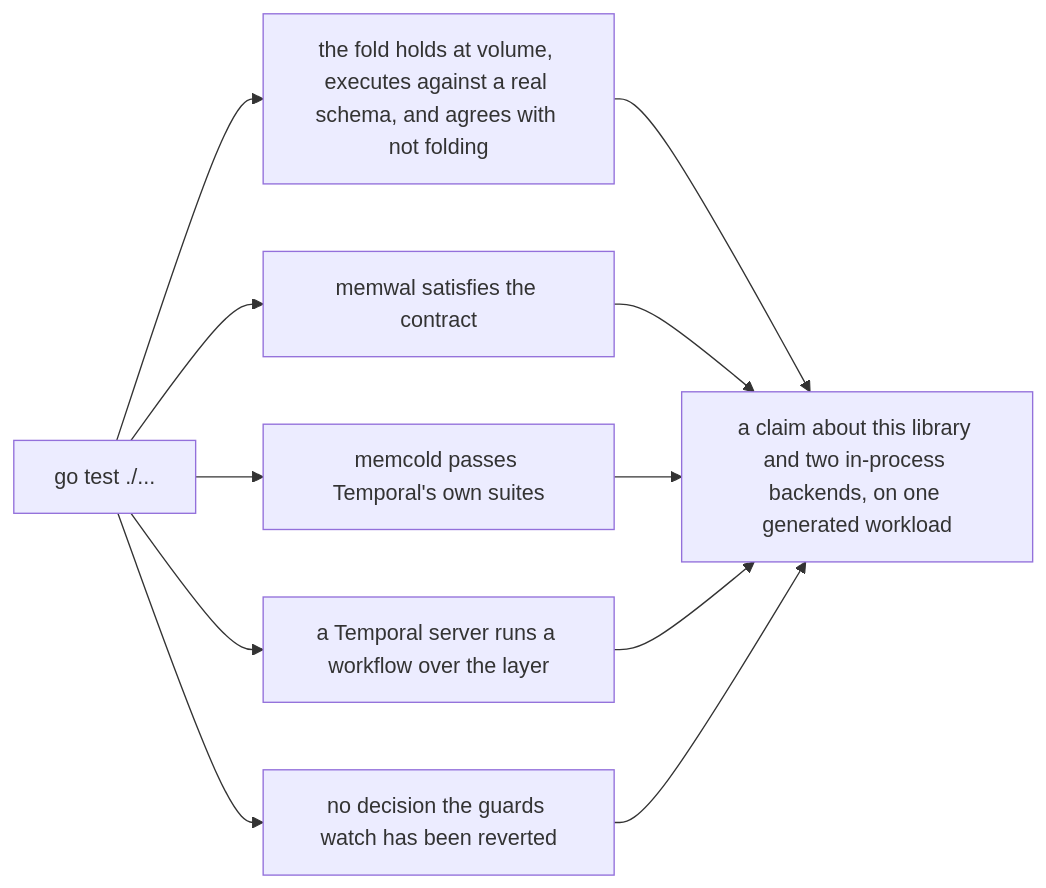
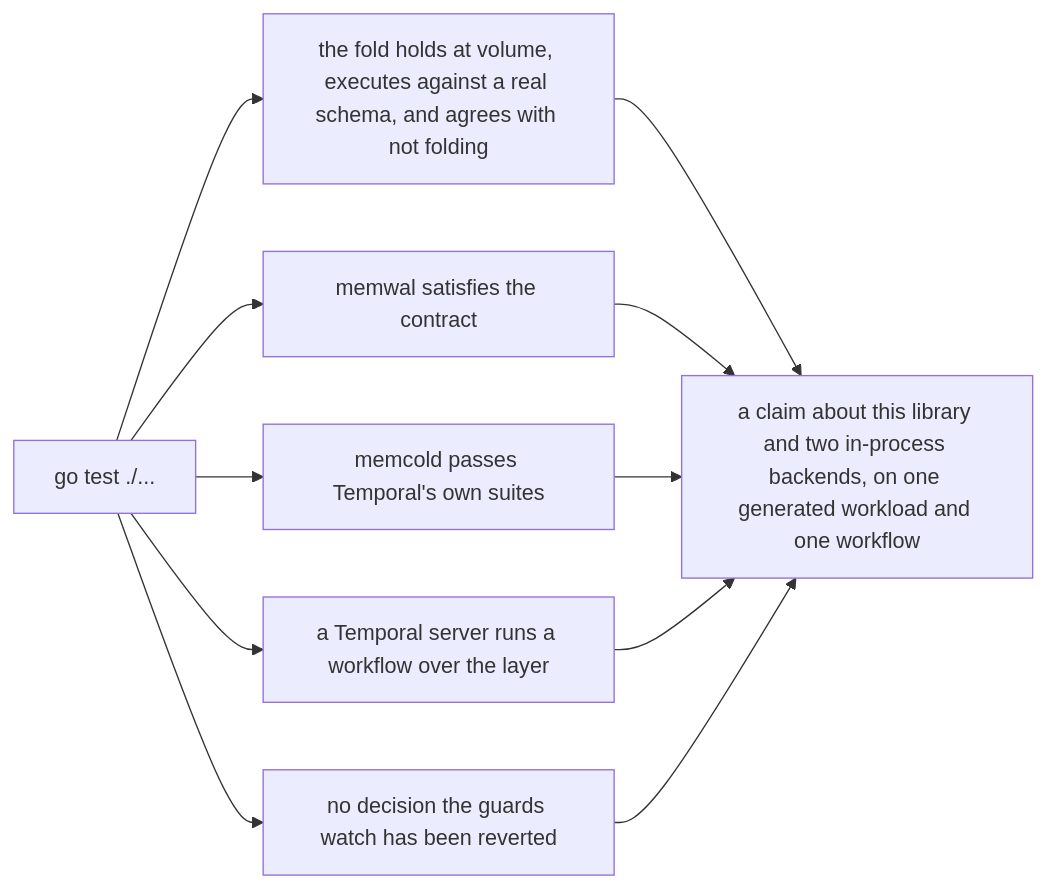
Before and after one commit to aromanovich/waltz: the diagram in docs/handbook/15-the-limits-of-the-evidence.md, drawn with Mermaid. The commit also changed 29 other files, not shown here.

````diff
--- a/docs/handbook/15-the-limits-of-the-evidence.md
+++ b/docs/handbook/15-the-limits-of-the-evidence.md
@@ -309,13 +309,13 @@
 ```mermaid
 graph LR
   A["go test ./..."] --> A1["the fold holds at volume, executes against a real schema, and agrees with not folding"]
   A --> A2["memwal satisfies the contract"]
   A --> A5["memcold passes Temporal's own suites"]
   A --> A4["a Temporal server runs a workflow over the layer"]
   A --> A3["no decision the guards watch has been reverted"]
-  A1 --> B["a claim about this library and two in-process backends, on one generated workload"]
+  A1 --> B["a claim about this library and two in-process backends, on one generated workload and one workflow"]
   A2 --> B
   A5 --> B
   A4 --> B
   A3 --> B
 ```
````
